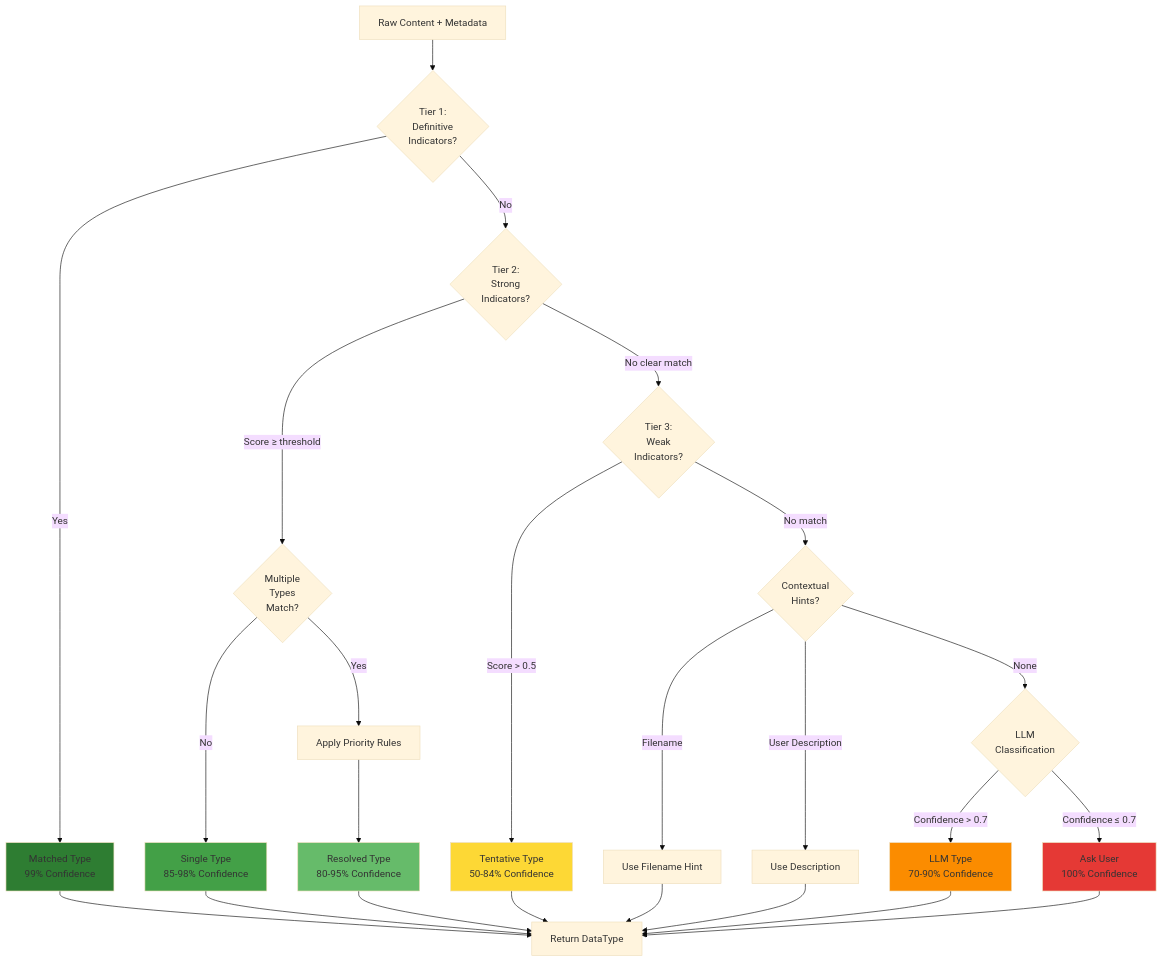
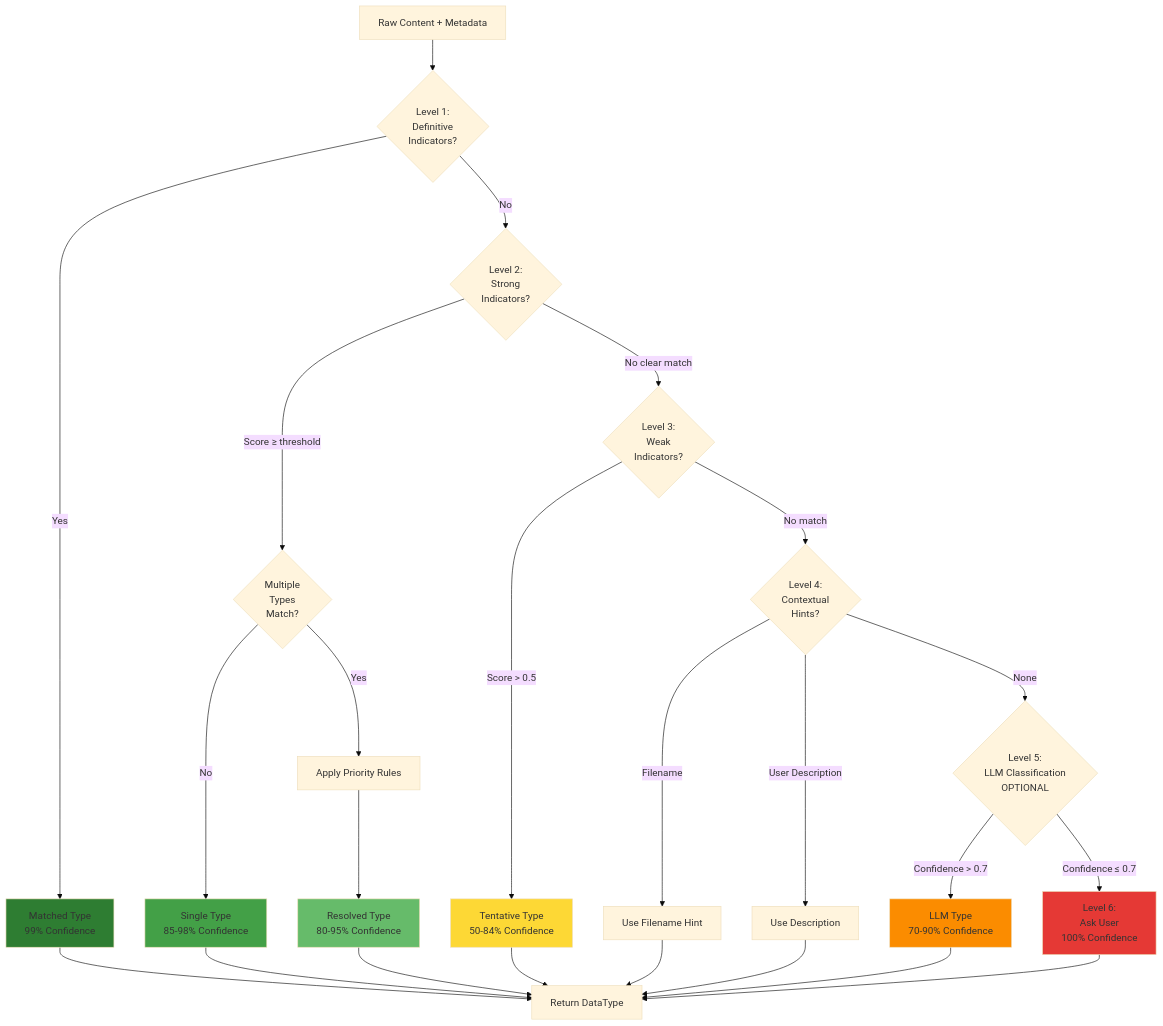
One commit to FaultMaven/faultmaven changed the diagram in docs/architecture/data-processing/data-classification-strategy.md. Above: the diagram before and after it, drawn with Mermaid (base theme). The commit also changed other lines of this file and 6 other files, not shown here.

````diff
--- a/docs/architecture/data-processing/data-classification-strategy.md
+++ b/docs/architecture/data-processing/data-classification-strategy.md
@@ -203,56 +215,56 @@
 ```mermaid
 graph TD
     START[Raw Content + Metadata]
-    
-    %% Tier 1: Definitive
-    START --> T1_CHECK{Tier 1:<br/>Definitive<br/>Indicators?}
-    T1_CHECK -->|Yes| T1_MATCH[Matched Type<br/>99% Confidence]
-    T1_CHECK -->|No| T2_CHECK
-    
-    %% Tier 2: Strong
-    T2_CHECK{Tier 2:<br/>Strong<br/>Indicators?}
-    T2_CHECK -->|Score ≥ threshold| DISAMBIG
-    T2_CHECK -->|No clear match| T3_CHECK
-    
+
+    %% Level 1: Definitive
+    START --> L1_CHECK{Level 1:<br/>Definitive<br/>Indicators?}
+    L1_CHECK -->|Yes| L1_MATCH[Matched Type<br/>99% Confidence]
+    L1_CHECK -->|No| L2_CHECK
+
+    %% Level 2: Strong
+    L2_CHECK{Level 2:<br/>Strong<br/>Indicators?}
+    L2_CHECK -->|Score ≥ threshold| DISAMBIG
+    L2_CHECK -->|No clear match| L3_CHECK
+
     %% Disambiguation
     DISAMBIG{Multiple<br/>Types<br/>Match?}
-    DISAMBIG -->|No| T2_MATCH[Single Type<br/>85-98% Confidence]
+    DISAMBIG -->|No| L2_MATCH[Single Type<br/>85-98% Confidence]
     DISAMBIG -->|Yes| PRIORITY[Apply Priority Rules]
     PRIORITY --> RESOLVED[Resolved Type<br/>80-95% Confidence]
-    
-    %% Tier 3: Weak
-    T3_CHECK{Tier 3:<br/>Weak<br/>Indicators?}
-    T3_CHECK -->|Score > 0.5| T3_MATCH[Tentative Type<br/>50-84% Confidence]
-    T3_CHECK -->|No match| CONTEXT
-    
-    %% Contextual
-    CONTEXT{Contextual<br/>Hints?}
+
+    %% Level 3: Weak
+    L3_CHECK{Level 3:<br/>Weak<br/>Indicators?}
+    L3_CHECK -->|Score > 0.5| L3_MATCH[Tentative Type<br/>50-84% Confidence]
+    L3_CHECK -->|No match| CONTEXT
+
+    %% Level 4: Contextual
+    CONTEXT{Level 4:<br/>Contextual<br/>Hints?}
     CONTEXT -->|Filename| FILENAME[Use Filename Hint]
     CONTEXT -->|User Description| USER_DESC[Use Description]
     CONTEXT -->|None| LLM
-    
-    %% LLM Fallback
-    LLM{LLM<br/>Classification}
+
+    %% Level 5: LLM Fallback (OPTIONAL — outside Tier 0 zero-LLM guarantee)
+    LLM{Level 5:<br/>LLM Classification<br/>OPTIONAL}
     LLM -->|Confidence > 0.7| LLM_MATCH[LLM Type<br/>70-90% Confidence]
     LLM -->|Confidence ≤ 0.7| ASK_USER
-    
-    %% User Confirmation
-    ASK_USER[Ask User<br/>100% Confidence]
-    
+
+    %% Level 6: User Confirmation
+    ASK_USER[Level 6:<br/>Ask User<br/>100% Confidence]
+
     %% Outcomes
-    T1_MATCH --> RETURN[Return DataType]
-    T2_MATCH --> RETURN
+    L1_MATCH --> RETURN[Return DataType]
+    L2_MATCH --> RETURN
     RESOLVED --> RETURN
-    T3_MATCH --> RETURN
+    L3_MATCH --> RETURN
     FILENAME --> RETURN
     USER_DESC --> RETURN
     LLM_MATCH --> RETURN
     ASK_USER --> RETURN
-    
-    style T1_MATCH fill:#2e7d32
-    style T2_MATCH fill:#43a047
+
+    style L1_MATCH fill:#2e7d32
+    style L2_MATCH fill:#43a047
     style RESOLVED fill:#66bb6a
-    style T3_MATCH fill:#fdd835
+    style L3_MATCH fill:#fdd835
     style LLM_MATCH fill:#fb8c00
     style ASK_USER fill:#e53935
 ```
````
